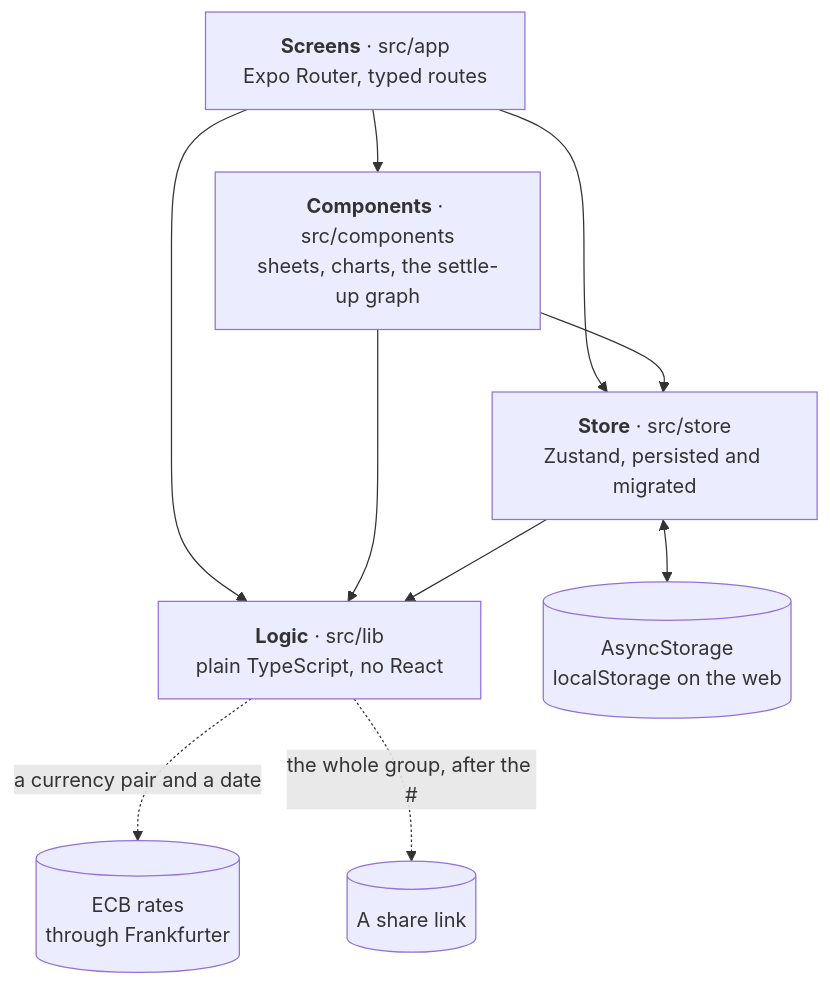
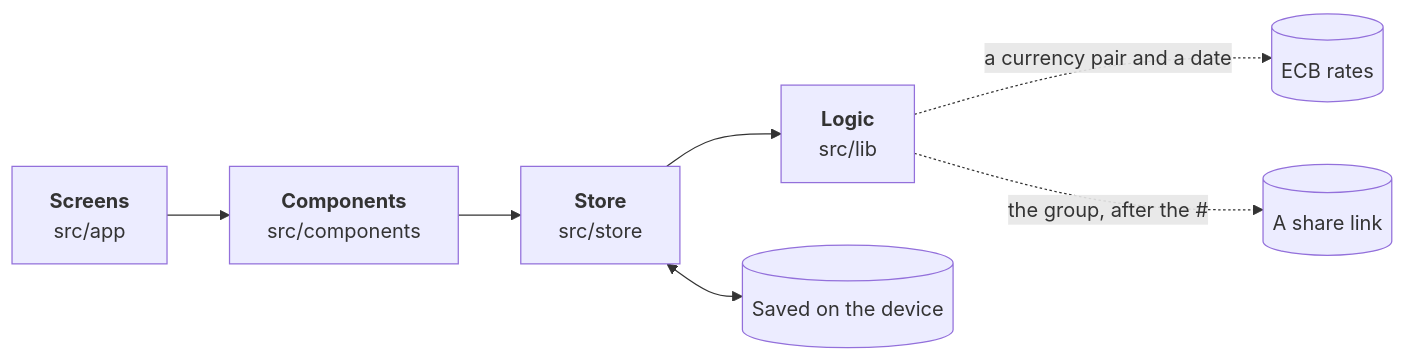
One commit to ahmadbasraa818/quits changed the diagram in README.md. Above: the diagram before and after it, drawn with Mermaid. The commit also changed other lines of this file, not shown here.

Commit message:
Draw the layers left to right, with what leaves the device
The top-down diagram drew every edge that skips a layer as a loop round
the outside and wrapped its labels. A row of the four layers, with the
two things that ever leave the device labelled, reads at a glance, and
the text says each layer can use any layer below it.

````diff
--- a/README.md
+++ b/README.md
@@ -219,12 +219,9 @@
 ```mermaid
-flowchart TD
-  screens["<b>Screens</b> · src/app<br>Expo Router, typed routes"] --> components["<b>Components</b> · src/components<br>sheets, charts, the settle-up graph"]
-  screens --> store["<b>Store</b> · src/store<br>Zustand, persisted and migrated"]
-  screens --> lib
-  components --> store
-  components --> lib
-  store --> lib["<b>Logic</b> · src/lib<br>plain TypeScript, no React"]
-  store <--> storage[("AsyncStorage<br>localStorage on the web")]
-  lib -. "a currency pair and a date" .-> ecb[("ECB rates<br>through Frankfurter")]
-  lib -. "the whole group, after the #" .-> link[("A share link")]
+flowchart LR
+  app["<b>Screens</b><br>src/app"] --> components["<b>Components</b><br>src/components"]
+  components --> store["<b>Store</b><br>src/store"]
+  store --> lib["<b>Logic</b><br>src/lib"]
+  store <--> device[("Saved on the device")]
+  lib -. "a currency pair and a date" .-> ecb[("ECB rates")]
+  lib -. "the group, after the #" .-> link[("A share link")]
 ```
````
